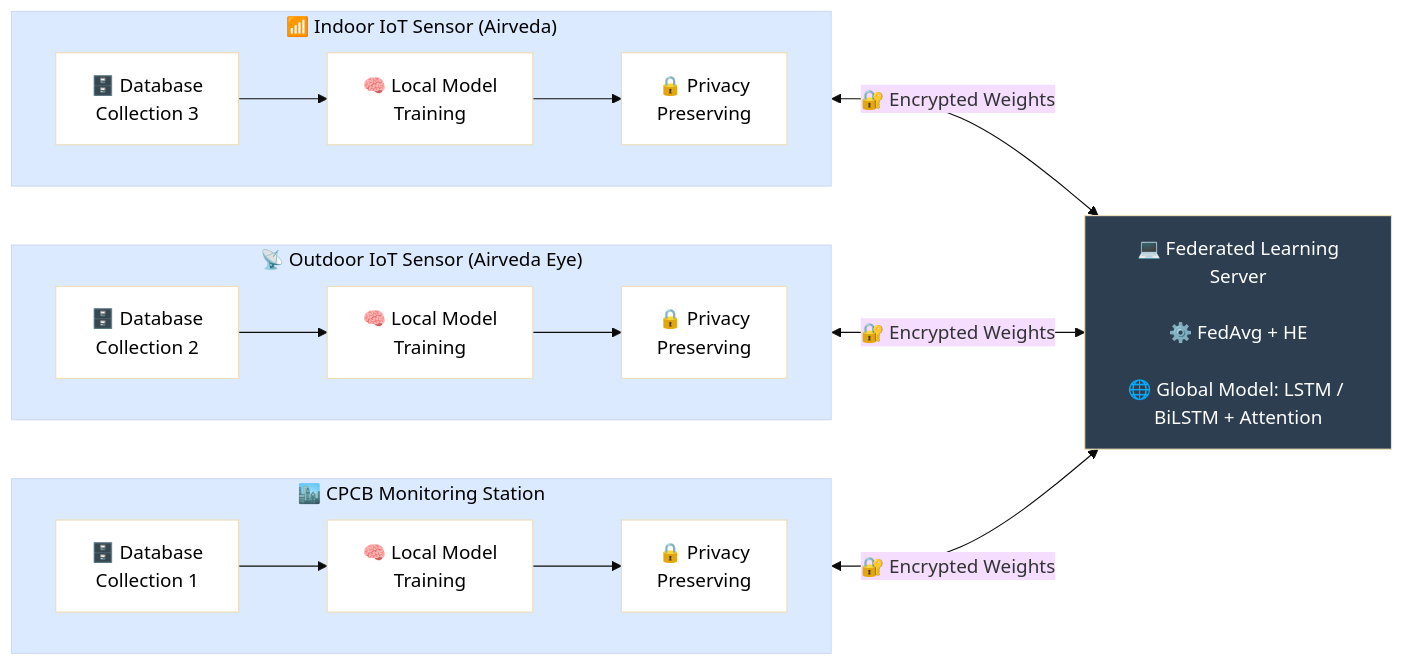
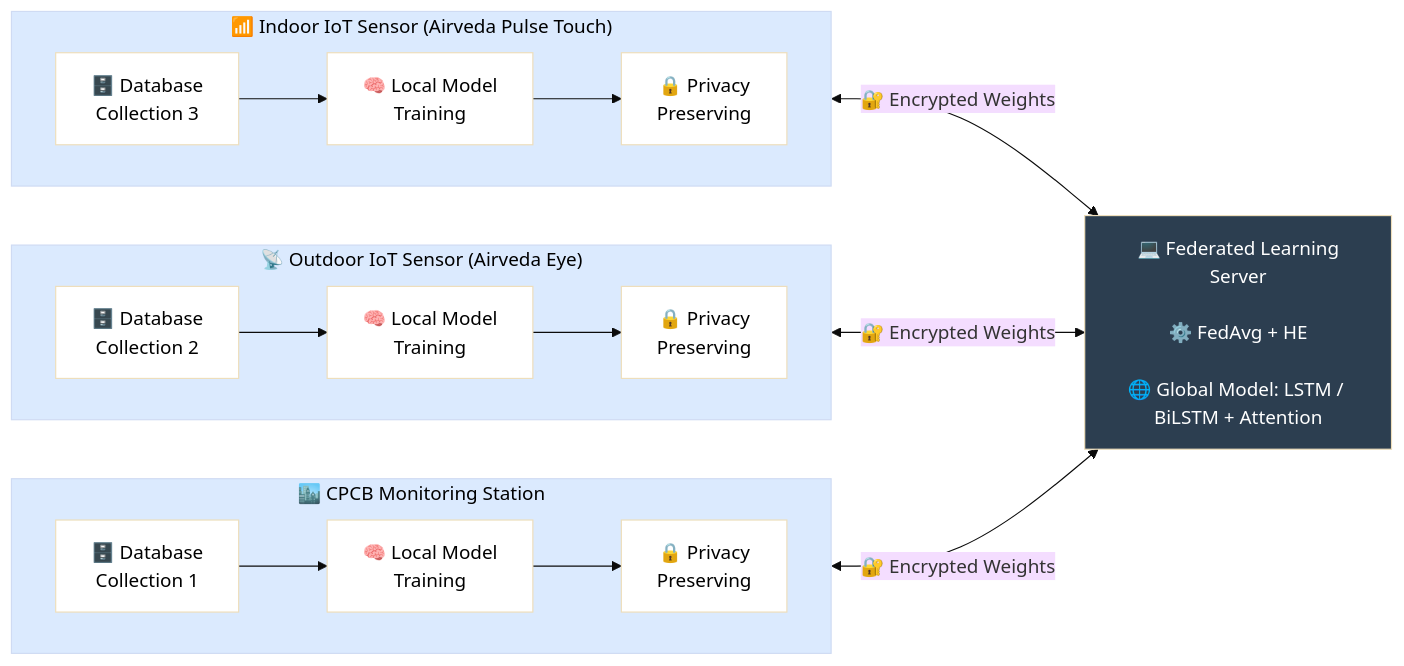
The diagram in README.md (manpreet-singh-aiml/AQI-JALANDHAR), drawn with Mermaid (base theme) before and after one commit. The commit also changed other lines of this file, not shown here.

````diff
--- a/README.md
+++ b/README.md
@@ -39,40 +39,39 @@
 ```mermaid
 graph LR
     subgraph C1["🏙️ CPCB Monitoring Station"]
         direction LR
         DB1["🗄️ Database<br/>Collection 1"] --> LT1["🧠 Local Model<br/>Training"] --> PP1["🔒 Privacy<br/>Preserving"]
     end
 
     subgraph C2["📡 Outdoor IoT Sensor (Airveda Eye)"]
         direction LR
         DB2["🗄️ Database<br/>Collection 2"] --> LT2["🧠 Local Model<br/>Training"] --> PP2["🔒 Privacy<br/>Preserving"]
     end
 
-    subgraph C3["📶 Indoor IoT Sensor (Airveda)"]
+    subgraph C3["📶 Indoor IoT Sensor (Airveda Pulse Touch)"]
         direction LR
         DB3["🗄️ Database<br/>Collection 3"] --> LT3["🧠 Local Model<br/>Training"] --> PP3["🔒 Privacy<br/>Preserving"]
     end
 
     PP1 <-->|🔐 Encrypted Weights| FLS
     PP2 <-->|🔐 Encrypted Weights| FLS
     PP3 <-->|🔐 Encrypted Weights| FLS
 
-    FLS["💻 Federated Learning<br/>Server<br/><br/>⚙️ FedAvg + HE<br/><br/>🌐 Global Model: LSTM / BiLSTM + Attention"]
-
+    FLS["💻 Federated Learning<br/>Server<br/><br/>⚙️ FedAvg + HE<br/><br/>🌐 Global Model: LSTM / BiLSTM + Attention"]   
     classDef clientBox font-size:20px,font-weight:bold;
     class C1,C2,C3 clientBox
 
     style FLS fill:#2c3e50,color:#fff
     style C1 fill:#dbeafe,color:#000
     style C2 fill:#dbeafe,color:#000
     style C3 fill:#dbeafe,color:#000
     style DB1 fill:#fff,color:#000
     style LT1 fill:#fff,color:#000
     style PP1 fill:#fff,color:#000
     style DB2 fill:#fff,color:#000
     style LT2 fill:#fff,color:#000
     style PP2 fill:#fff,color:#000
     style DB3 fill:#fff,color:#000
     style LT3 fill:#fff,color:#000
     style PP3 fill:#fff,color:#000
 ```
````
